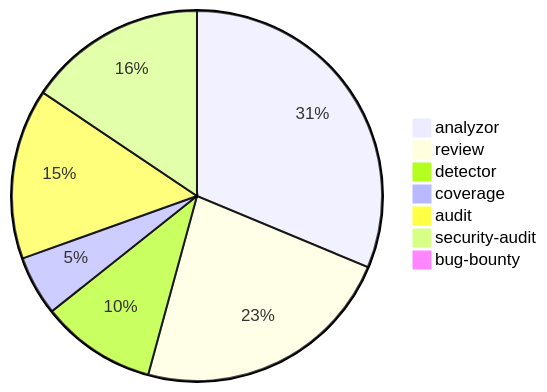
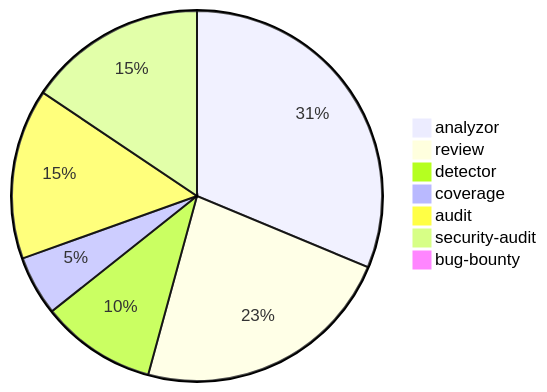
One commit to blue-lotus-org/.github changed the third of 3 diagrams in profile/README.md. Above: the diagram before and after it, drawn with Mermaid.

````diff
--- a/profile/README.md
+++ b/profile/README.md
@@ -98,10 +98,10 @@
 ```mermaid
 pie
 "analyzor" : 4071
 "review" : 2988
 "detector" : 1310
 "coverage" : 679
 "audit" : 1936
 "security-audit" : 2029
-"bug-bounty" : 17
+"bug-bounty" : 117
 ```
````
